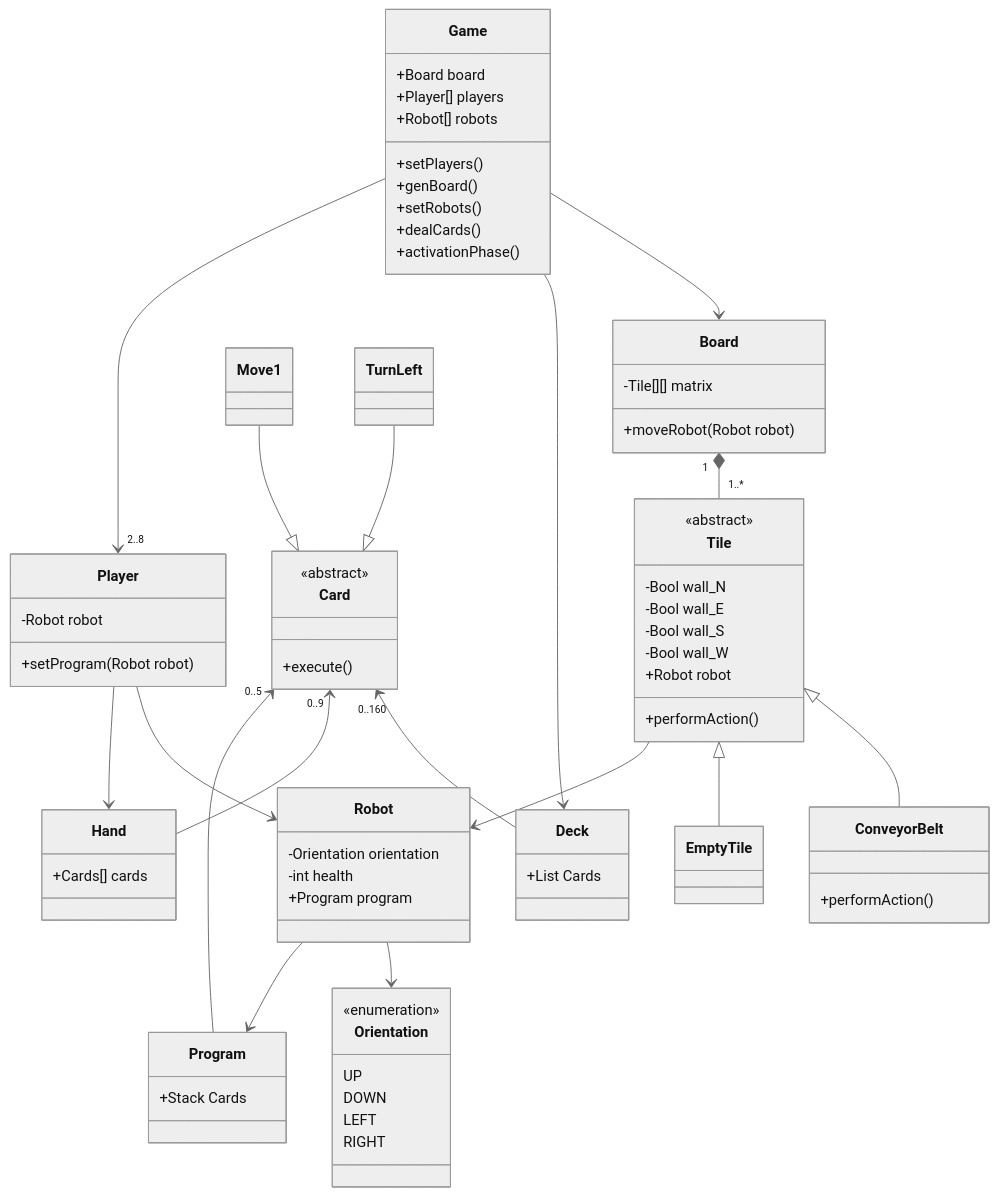
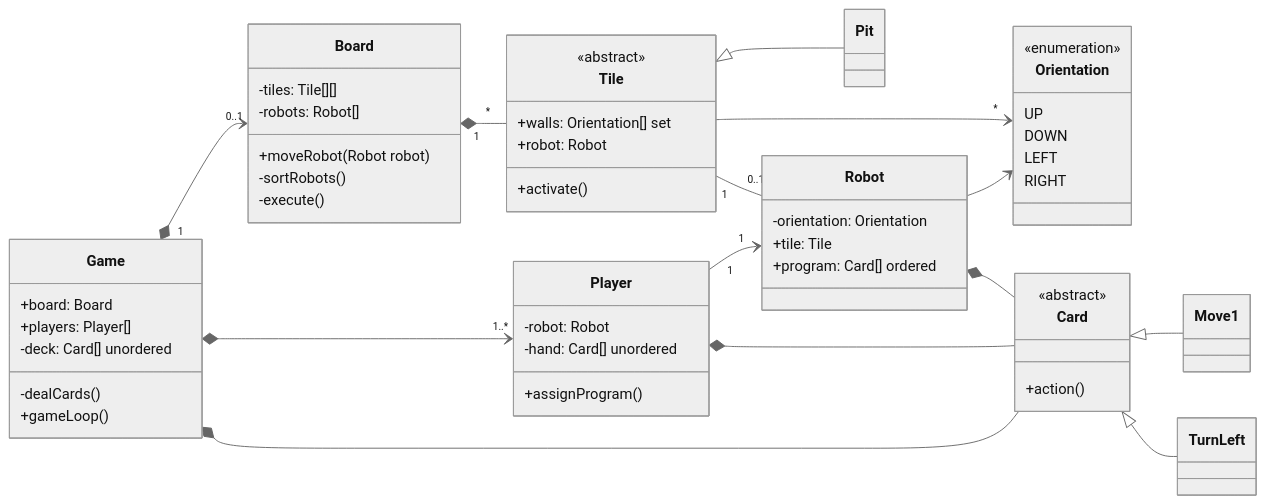
Before and after one commit to hananinas/RoboRally: the diagram in docs/game_model_UML.md, drawn with Mermaid (neutral theme). The commit also changed other lines of this file, not shown here.

Commit message:
Updated game model

````diff
--- a/docs/game_model_UML.md
+++ b/docs/game_model_UML.md
@@ -2,46 +2,42 @@
 ```mermaid
     classDiagram
-        direction TD
+        direction LR
+
+        class Game {
+        +board: Board
+        +players: Player[]
+        -deck: Card[] unordered
+        -dealCards()
+        +gameLoop()
+        }
 
         class Board {
-        -Tile[][] matrix
+        -tiles: Tile[][]
+        -robots: Robot[]
         +moveRobot(Robot robot)
+        -sortRobots()
+        -execute()
         }
 
         class Tile {
             <<abstract>>
-            -Bool wall_N
-            -Bool wall_E
-            -Bool wall_S
-            -Bool wall_W
-            +Robot robot
-            +performAction()
+            +walls: Orientation[] set
+            +robot: Robot
+            +activate()
         }
 
-        class ConveyorBelt{
-            +performAction()
-        }
-
-        class Game {
-        +Board board
-        +Player[] players
-        +Robot[] robots
-        +setPlayers()
-        +genBoard()
-        +setRobots()
-        +dealCards()
-        +activationPhase()
-        }
+        class Pit
 
         class Player {
-        -Robot robot
-        +setProgram(Robot robot)
+        -robot: Robot
+        -hand: Card[] unordered
+        +assignProgram()
         }
 
         class Robot {
-        -Orientation orientation
-        -int health
-        +Program program
+        -orientation: Orientation
+        +tile: Tile
+        +program: Card[] ordered
         }
 
         class Orientation {
@@ -54,48 +50,27 @@
 
         class Card {
             <<abstract>>
-            +execute()
-        }
-
-        class Hand {
-            +Cards[] cards
-        }
-
-        class Program {
-            +Stack Cards
+            +action()
         }
 
         class Move1
         class TurnLeft
 
-        class Deck {
-            +List Cards
-        }
-
-        class EmptyTile
-        class ConveyorBelt
-
-
-        Game --> Board
-        Game --> Deck
-        Game --> "2..8" Player
-        Board "1" *-- "1..*" Tile
-
+        Game "1" *--> "0..1" Board
+        Game *--> "1..*" Player
+        Board "1" *-- "*" Tile
 
         Robot --> Orientation
-        Tile <|-- ConveyorBelt
-        Tile <|-- EmptyTile
-        Tile --> Robot
+        Tile <|-- Pit
+        Tile --> "*" Orientation
+        Tile "1" -- "0..1" Robot
 
-        Robot --> Program
+        Player "1" --> "1" Robot
 
-        Card "0..160" <-- Deck
-        Card "0..9" <-- Hand
-        Card "0..5" <-- Program
-        
-        Player --> Robot
-        Player --> Hand
+        Game  *--  Card
+        Player  *--  Card
+        Robot  *--  Card
 
-        Move1 --|> Card
-        TurnLeft --|> Card
+        Card <|-- Move1
+        Card <|-- TurnLeft
 ```
````
